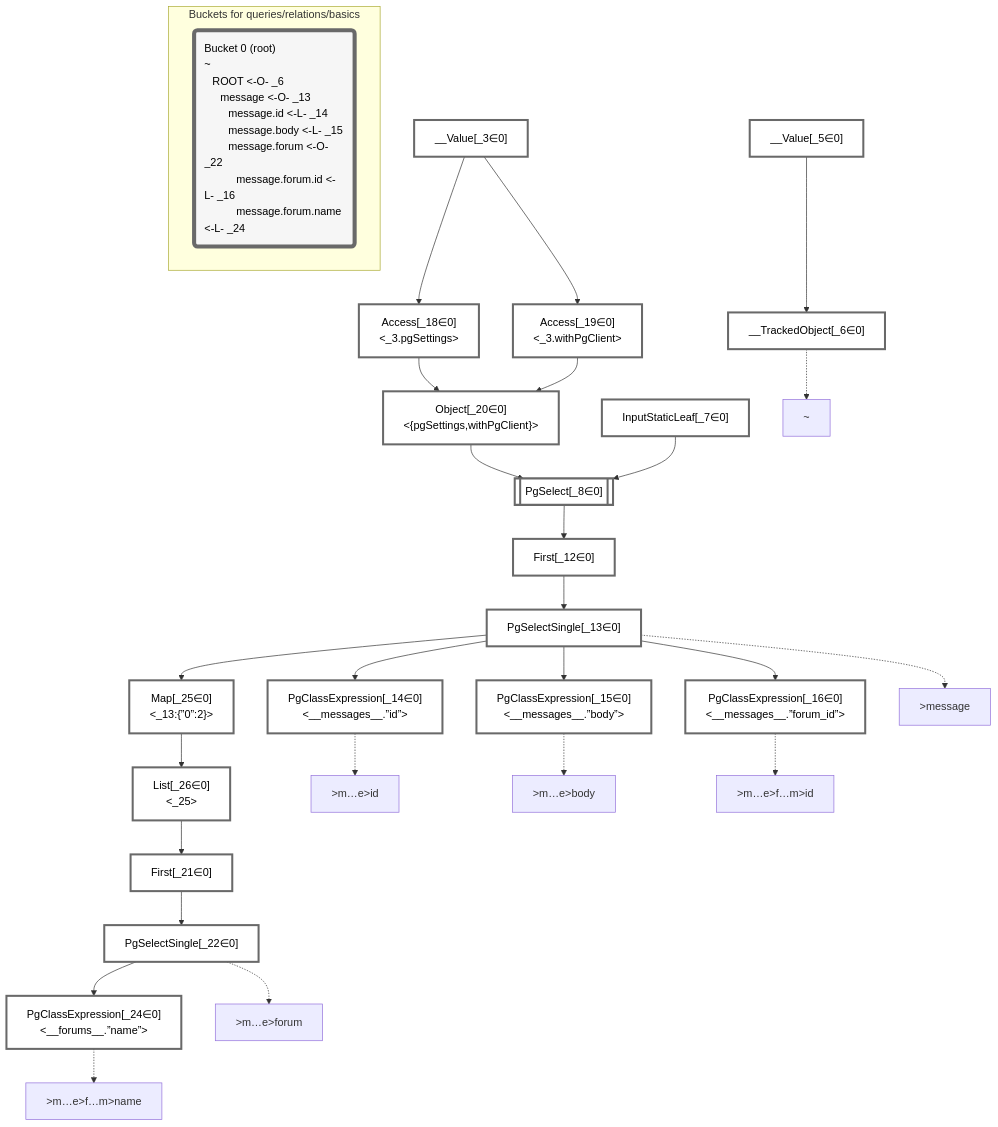
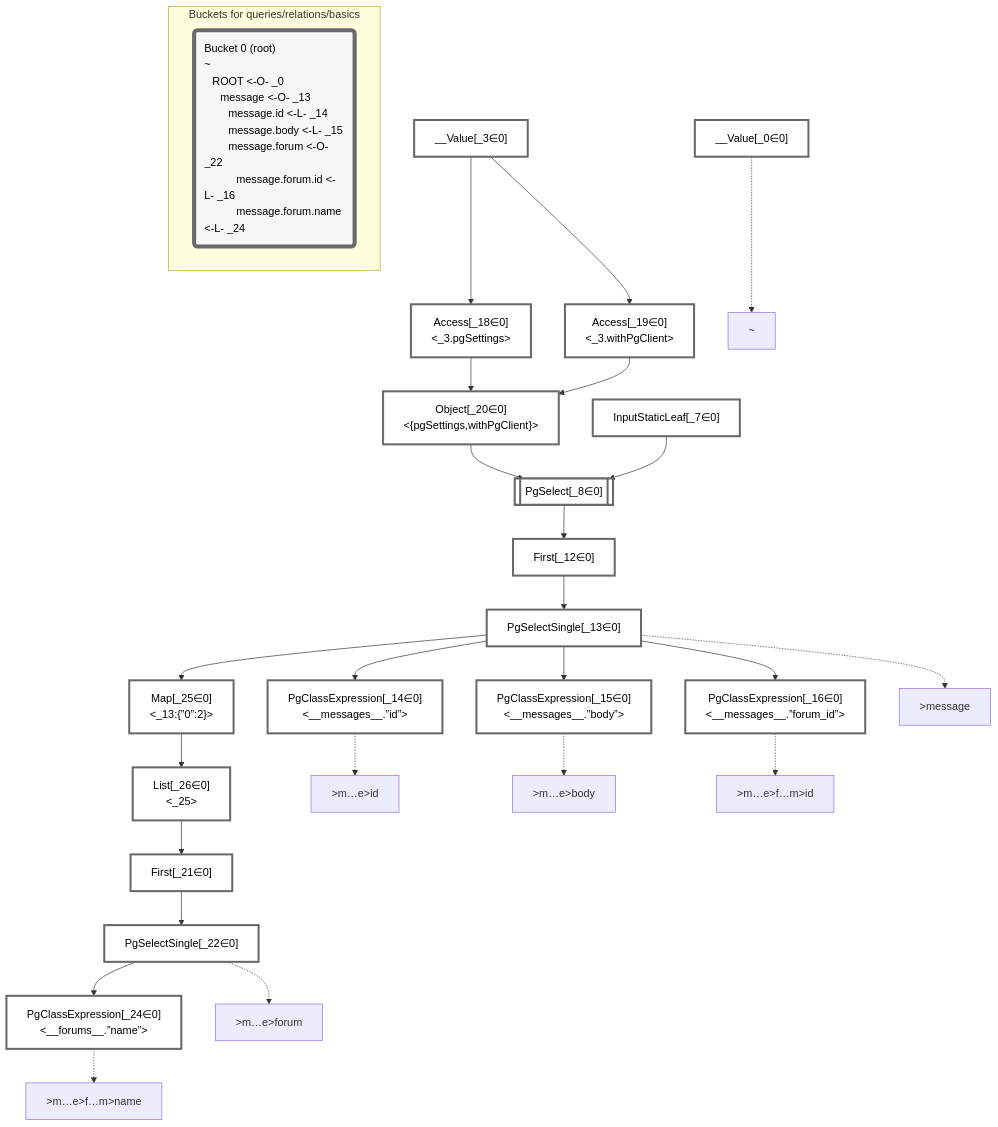
The diagram in packages/dataplan-pg/__tests__/queries/relations/basics.mermaid.md (graphile/crystal), drawn with Mermaid before and after one commit. The commit also changed 193 other files, not shown here.

Commit message:
Update test plan snapshots with new root plan

````diff
--- a/packages/dataplan-pg/__tests__/queries/relations/basics.mermaid.md
+++ b/packages/dataplan-pg/__tests__/queries/relations/basics.mermaid.md
@@ -1,73 +1,71 @@
 ```mermaid
 graph TD
     classDef path fill:#eee,stroke:#000,color:#000
     classDef plan fill:#fff,stroke-width:3px,color:#000
     classDef itemplan fill:#fff,stroke-width:6px,color:#000
     classDef sideeffectplan fill:#f00,stroke-width:6px,color:#000
     classDef bucket fill:#f6f6f6,color:#000,stroke-width:6px,text-align:left
 
 
     %% define plans
+    __Value_0["__Value[_0∈0]"]:::plan
     __Value_3["__Value[_3∈0]<br /><context>"]:::plan
-    __Value_5["__Value[_5∈0]<br /><rootValue>"]:::plan
-    __TrackedObject_6["__TrackedObject[_6∈0]"]:::plan
     InputStaticLeaf_7["InputStaticLeaf[_7∈0]"]:::plan
     PgSelect_8[["PgSelect[_8∈0]<br /><messages>"]]:::plan
     First_12["First[_12∈0]"]:::plan
     PgSelectSingle_13["PgSelectSingle[_13∈0]<br /><messages>"]:::plan
     PgClassExpression_14["PgClassExpression[_14∈0]<br /><__messages__.”id”>"]:::plan
     PgClassExpression_15["PgClassExpression[_15∈0]<br /><__messages__.”body”>"]:::plan
     PgClassExpression_16["PgClassExpression[_16∈0]<br /><__messages__.”forum_id”>"]:::plan
     Access_18["Access[_18∈0]<br /><_3.pgSettings>"]:::plan
     Access_19["Access[_19∈0]<br /><_3.withPgClient>"]:::plan
     Object_20["Object[_20∈0]<br /><{pgSettings,withPgClient}>"]:::plan
     First_21["First[_21∈0]"]:::plan
     PgSelectSingle_22["PgSelectSingle[_22∈0]<br /><forums>"]:::plan
     PgClassExpression_24["PgClassExpression[_24∈0]<br /><__forums__.”name”>"]:::plan
     Map_25["Map[_25∈0]<br /><_13:{”0”:2}>"]:::plan
     List_26["List[_26∈0]<br /><_25>"]:::plan
 
     %% plan dependencies
-    __Value_5 --> __TrackedObject_6
     Object_20 --> PgSelect_8
     InputStaticLeaf_7 --> PgSelect_8
     PgSelect_8 --> First_12
     First_12 --> PgSelectSingle_13
     PgSelectSingle_13 --> PgClassExpression_14
     PgSelectSingle_13 --> PgClassExpression_15
     PgSelectSingle_13 --> PgClassExpression_16
     __Value_3 --> Access_18
     __Value_3 --> Access_19
     Access_18 --> Object_20
     Access_19 --> Object_20
     List_26 --> First_21
     First_21 --> PgSelectSingle_22
     PgSelectSingle_22 --> PgClassExpression_24
     PgSelectSingle_13 --> Map_25
     Map_25 --> List_26
 
     %% plan-to-path relationships
-    P_6["~"]
-    __TrackedObject_6 -.-> P_6
+    P_0["~"]
+    __Value_0 -.-> P_0
     P_13[">message"]
     PgSelectSingle_13 -.-> P_13
     P_14[">m…e>id"]
     PgClassExpression_14 -.-> P_14
     P_15[">m…e>body"]
     PgClassExpression_15 -.-> P_15
     P_16[">m…e>f…m>id"]
     PgClassExpression_16 -.-> P_16
     P_22[">m…e>forum"]
     PgSelectSingle_22 -.-> P_22
     P_24[">m…e>f…m>name"]
     PgClassExpression_24 -.-> P_24
 
     %% allocate buckets
     classDef bucket0 stroke:#696969
-    class __Value_3,__Value_5,__TrackedObject_6,InputStaticLeaf_7,PgSelect_8,First_12,PgSelectSingle_13,PgClassExpression_14,PgClassExpression_15,PgClassExpression_16,Access_18,Access_19,Object_20,First_21,PgSelectSingle_22,PgClassExpression_24,Map_25,List_26 bucket0
+    class __Value_0,__Value_3,InputStaticLeaf_7,PgSelect_8,First_12,PgSelectSingle_13,PgClassExpression_14,PgClassExpression_15,PgClassExpression_16,Access_18,Access_19,Object_20,First_21,PgSelectSingle_22,PgClassExpression_24,Map_25,List_26 bucket0
 
     subgraph "Buckets for queries/relations/basics"
-    Bucket0("Bucket 0 (root)<br />~<br />⠀ROOT <-O- _6<br />⠀⠀message <-O- _13<br />⠀⠀⠀message.id <-L- _14<br />⠀⠀⠀message.body <-L- _15<br />⠀⠀⠀message.forum <-O- _22<br />⠀⠀⠀⠀message.forum.id <-L- _16<br />⠀⠀⠀⠀message.forum.name <-L- _24"):::bucket
+    Bucket0("Bucket 0 (root)<br />~<br />⠀ROOT <-O- _0<br />⠀⠀message <-O- _13<br />⠀⠀⠀message.id <-L- _14<br />⠀⠀⠀message.body <-L- _15<br />⠀⠀⠀message.forum <-O- _22<br />⠀⠀⠀⠀message.forum.id <-L- _16<br />⠀⠀⠀⠀message.forum.name <-L- _24"):::bucket
     style Bucket0 stroke:#696969
     end
 ```
````
